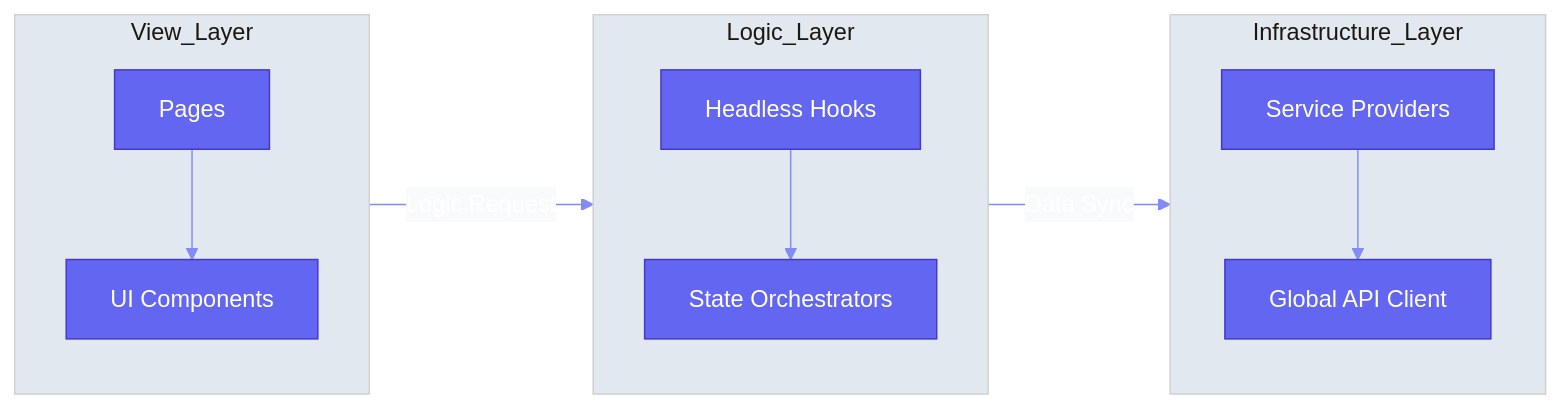
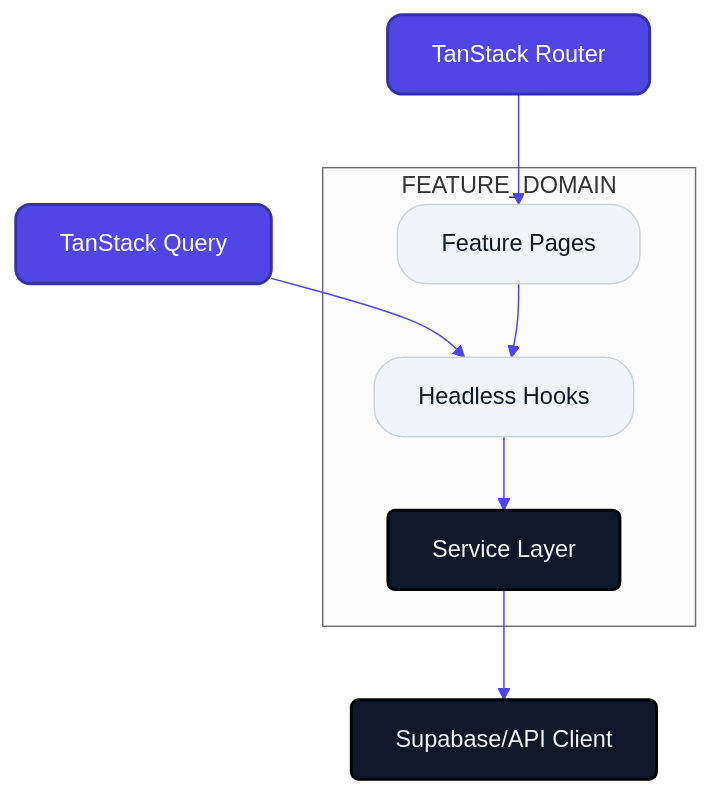
One commit to nexowebai/nexo-superadmin changed the diagram in README.md. Above: the diagram before and after it, drawn with Mermaid. The commit also changed other lines of this file and 15 other files, not shown here.

````diff
--- a/README.md
+++ b/README.md
@@ -14,21 +14,17 @@
 ```mermaid
-%%{init: {'theme': 'base', 'themeVariables': { 'primaryColor': '#6366f1', 'primaryTextColor': '#fff', 'primaryBorderColor': '#4338ca', 'lineColor': '#818cf8', 'secondaryColor': '#f8fafc', 'tertiaryColor': '#e2e8f0'}}}%%
-graph LR
-    subgraph View_Layer
-        direction TB
-        A[Pages] --> B[UI Components]
+%%{init: {'theme': 'neutral', 'themeVariables': { 'fontFamily': 'Inter', 'lineColor': '#4f46e5' }}}%%
+graph TD
+    classDef core fill:#4f46e5,stroke:#3730a3,stroke-width:2px,color:#fff,rx:10,ry:10;
+    classDef feature fill:#f1f5f9,stroke:#cbd5e1,stroke-width:1px,color:#0f172a,rx:20,ry:20;
+    classDef infra fill:#0f172a,stroke:#000,stroke-width:2px,color:#f1f5f9,rx:5,ry:5;
+
+    ROUTER[TanStack Router]:::core --> PAGES[Feature Pages]
+    QUERY[TanStack Query]:::core --> HOOKS[Headless Hooks]
+    
+    subgraph FEATURE_DOMAIN
+        PAGES:::feature --> HOOKS:::feature
+        HOOKS --> SERVICES[Service Layer]
     end
     
-    subgraph Logic_Layer
-        direction TB
-        C[Headless Hooks] --> D[State Orchestrators]
-    end
-    
-    subgraph Infrastructure_Layer
-        direction TB
-        E[Service Providers] --> F[Global API Client]
-    end
-    
-    View_Layer --"Logic Request"--> Logic_Layer
-    Logic_Layer --"Data Sync"--> Infrastructure_Layer
+    SERVICES:::infra --> SUPABASE[Supabase/API Client]:::infra
 ```
````
